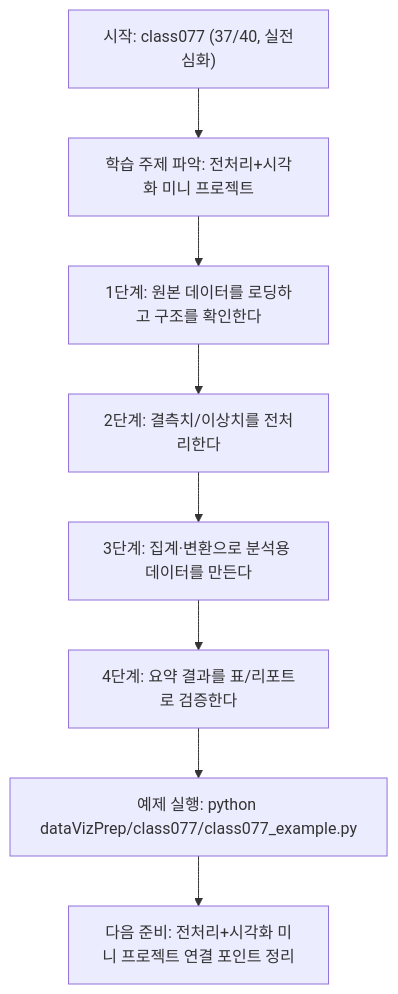
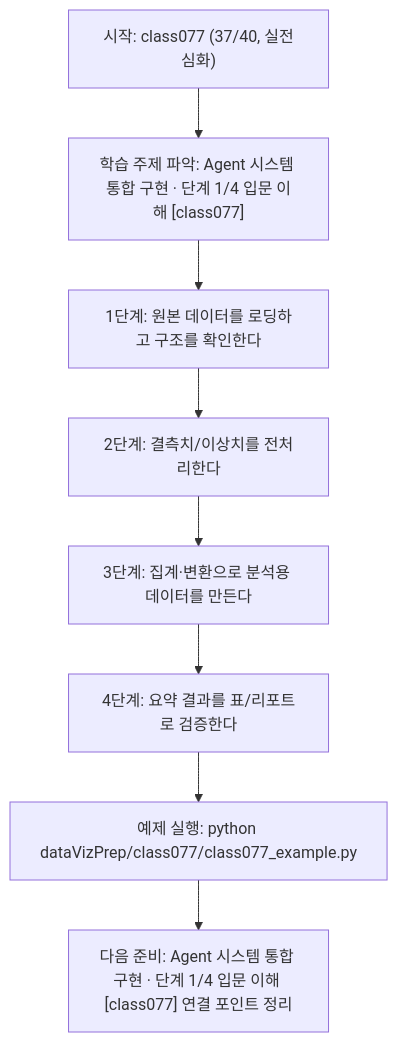
Before and after one commit to edumgt/Python-AI_Agent-Class: the diagram in dataVizPrep/class077/class077.md, drawn with Mermaid. The commit also changed other lines of this file and 522 other files, not shown here.

````diff
--- a/dataVizPrep/class077/class077.md
+++ b/dataVizPrep/class077/class077.md
@@ -111,18 +112,18 @@
 ```mermaid
 flowchart TD
 N1["시작: class077 (37/40, 실전심화)"]
-N2["학습 주제 파악: 전처리+시각화 미니 프로젝트"]
+N2["학습 주제 파악: Agent 시스템 통합 구현 · 단계 1/4 입문 이해 [class077]"]
 N3["1단계: 원본 데이터를 로딩하고 구조를 확인한다"]
 N4["2단계: 결측치/이상치를 전처리한다"]
 N5["3단계: 집계·변환으로 분석용 데이터를 만든다"]
 N6["4단계: 요약 결과를 표/리포트로 검증한다"]
 N7["예제 실행: python dataVizPrep/class077/class077_example.py"]
-N8["다음 준비: 전처리+시각화 미니 프로젝트 연결 포인트 정리"]
+N8["다음 준비: Agent 시스템 통합 구현 · 단계 1/4 입문 이해 [class077] 연결 포인트 정리"]
 N1 --> N2
 N2 --> N3
 N3 --> N4
 N4 --> N5
 N5 --> N6
 N6 --> N7
 N7 --> N8
 ```
````
